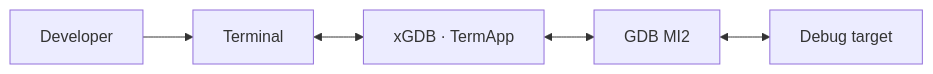
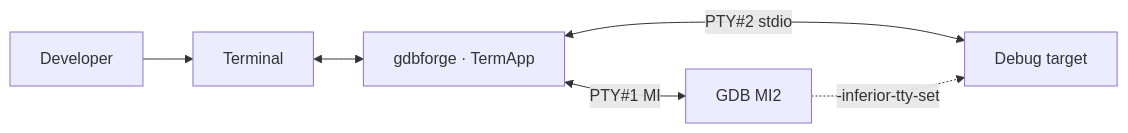
The first of 7 diagrams in docs/ARCHITECTURE.md (yairgd/gdbforge), drawn with Mermaid before and after one commit. The commit also changed other lines of this file and 132 other files, not shown here.

First line of the commit message:
Rebrand xgdb to gdbforge and add dual-PTY program IO.

````diff
--- a/docs/ARCHITECTURE.md
+++ b/docs/ARCHITECTURE.md
@@ -40,13 +40,14 @@
 ```mermaid
 flowchart LR
     User["Developer"]
     Term["Terminal"]
-    xGDB["xGDB · TermApp"]
+    gdbforge["gdbforge · TermApp"]
     GDB["GDB MI2"]
     Target["Debug target"]
 
     User --> Term
-    Term <--> xGDB
-    xGDB <--> GDB
-    GDB <--> Target
+    Term <--> gdbforge
+    gdbforge <-->|"PTY#1 MI"| GDB
+    gdbforge <-->|"PTY#2 stdio"| Target
+    GDB -.->|"-inferior-tty-set"| Target
 ```
````
